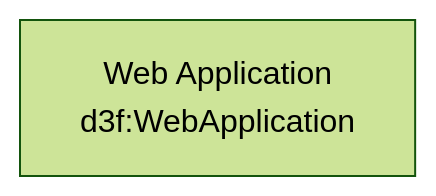
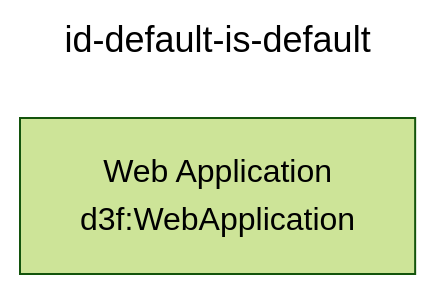
The second of 15 diagrams in app/src/data/examples/testcases.md (ioggstream/d3sign), drawn with Mermaid (forest theme) before and after one commit. The commit also changed other lines of this file and 8 other files, not shown here.

Commit message:
Fix: #6. Diagram titles.

````diff
--- a/app/src/data/examples/testcases.md
+++ b/app/src/data/examples/testcases.md
@@ -67,4 +68,7 @@
 ```mermaid
+---
+title: id-default-is-default
+---
 graph
 webapp[Web Application<br>d3f:WebApplication]
 ```
````
